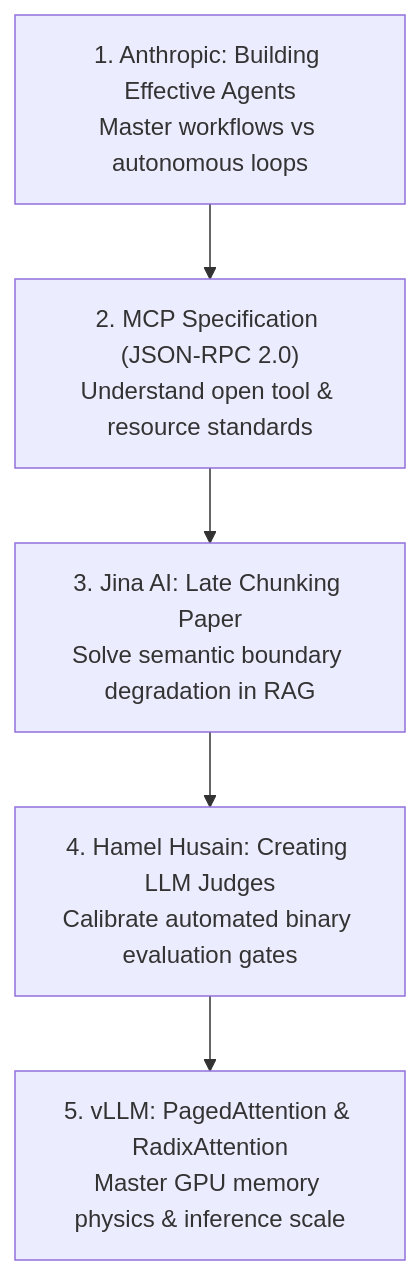
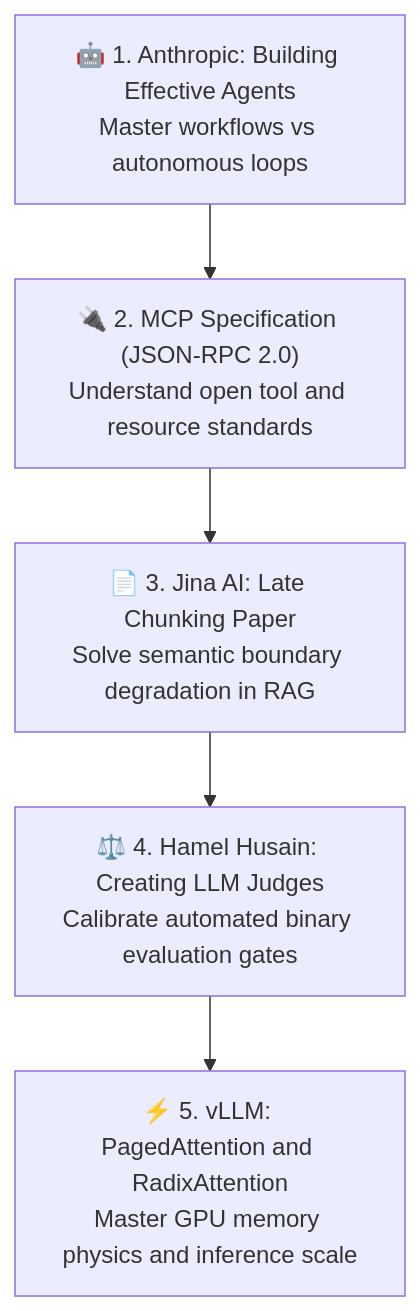
One commit to dip4k/senior-engineer-to-ai-engineer-roadmap changed the diagram in resources/topics-and-resource-map.md. Above: the diagram before and after it, drawn with Mermaid. The commit also changed 94 other files, not shown here.

Commit message:
refactor(curriculum): complete Phase 04 upgrade and enforce diagram renderer invariants

````diff
--- a/resources/topics-and-resource-map.md
+++ b/resources/topics-and-resource-map.md
@@ -313,8 +313,8 @@
 ```mermaid
 flowchart TD
-    Step1["1. Anthropic: Building Effective Agents<br>Master workflows vs autonomous loops"] --> Step2
-    Step2["2. MCP Specification (JSON-RPC 2.0)<br>Understand open tool & resource standards"] --> Step3
-    Step3["3. Jina AI: Late Chunking Paper<br>Solve semantic boundary degradation in RAG"] --> Step4
-    Step4["4. Hamel Husain: Creating LLM Judges<br>Calibrate automated binary evaluation gates"] --> Step5
-    Step5["5. vLLM: PagedAttention & RadixAttention<br>Master GPU memory physics & inference scale"]
+    Step1["🤖 1. Anthropic: Building Effective Agents<br>Master workflows vs autonomous loops"] --> Step2
+    Step2["🔌 2. MCP Specification (JSON-RPC 2.0)<br>Understand open tool and resource standards"] --> Step3
+    Step3["📄 3. Jina AI: Late Chunking Paper<br>Solve semantic boundary degradation in RAG"] --> Step4
+    Step4["⚖️ 4. Hamel Husain: Creating LLM Judges<br>Calibrate automated binary evaluation gates"] --> Step5
+    Step5["⚡ 5. vLLM: PagedAttention and RadixAttention<br>Master GPU memory physics and inference scale"]
 ```
````
